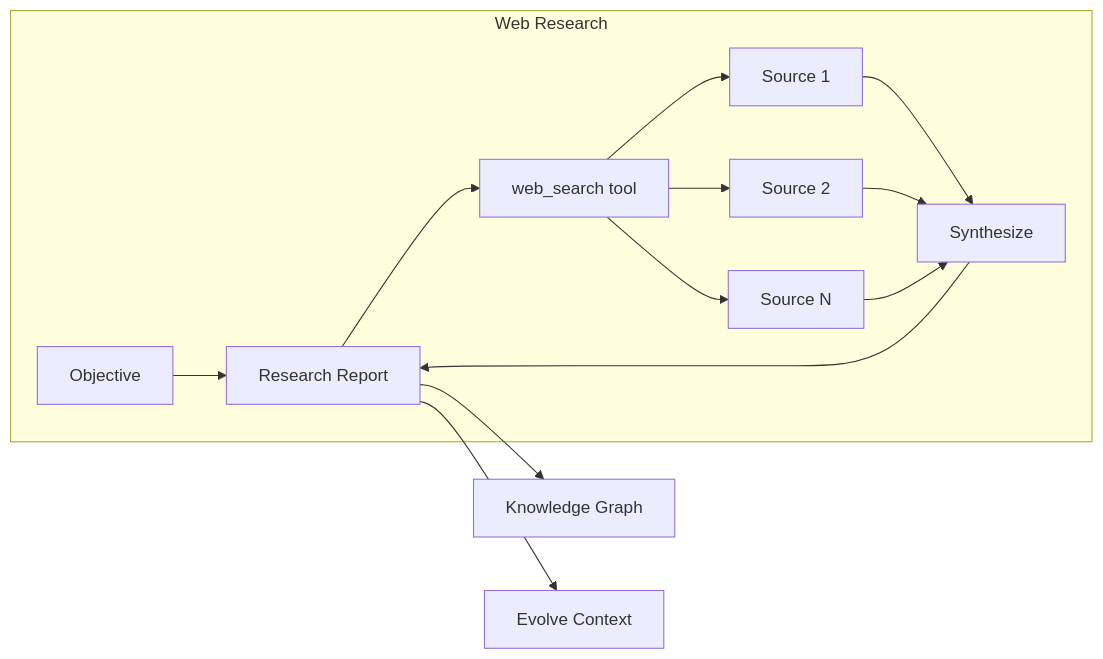
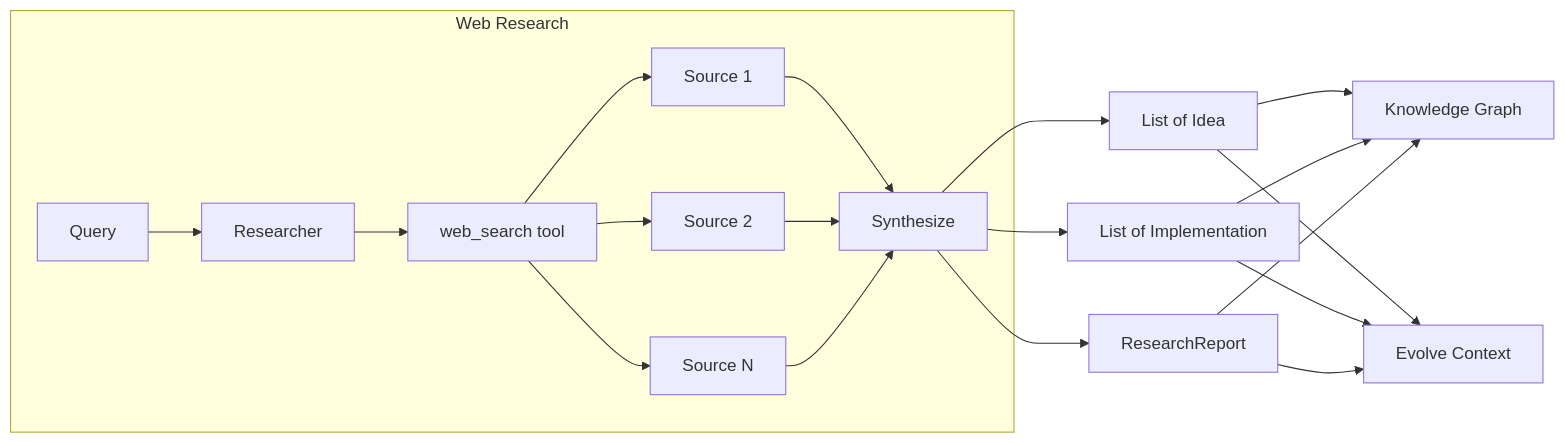
Before and after one commit to Leeroo-AI/kapso: the diagram in docs/research/overview.mdx, drawn with Mermaid. The commit also changed other lines of this file and 13 other files, not shown here.

````diff
--- a/docs/research/overview.mdx
+++ b/docs/research/overview.mdx
@@ -17,15 +20,18 @@
 ```mermaid
 flowchart LR
     subgraph Research["Web Research"]
-        O[Objective] --> R[Researcher]
+        Q[Query] --> R[Researcher]
         R --> WS[web_search tool]
         WS --> S1[Source 1]
         WS --> S2[Source 2]
         WS --> S3[Source N]
         S1 & S2 & S3 --> SYN[Synthesize]
-        SYN --> R[Research Report]
     end
     
-    R --> KG[Knowledge Graph]
-    R --> CTX[Evolve Context]
+    SYN --> I[List of Idea]
+    SYN --> IM[List of Implementation]
+    SYN --> RP[ResearchReport]
+    
+    I & IM & RP --> KG[Knowledge Graph]
+    I & IM & RP --> CTX[Evolve Context]
 ```
````
